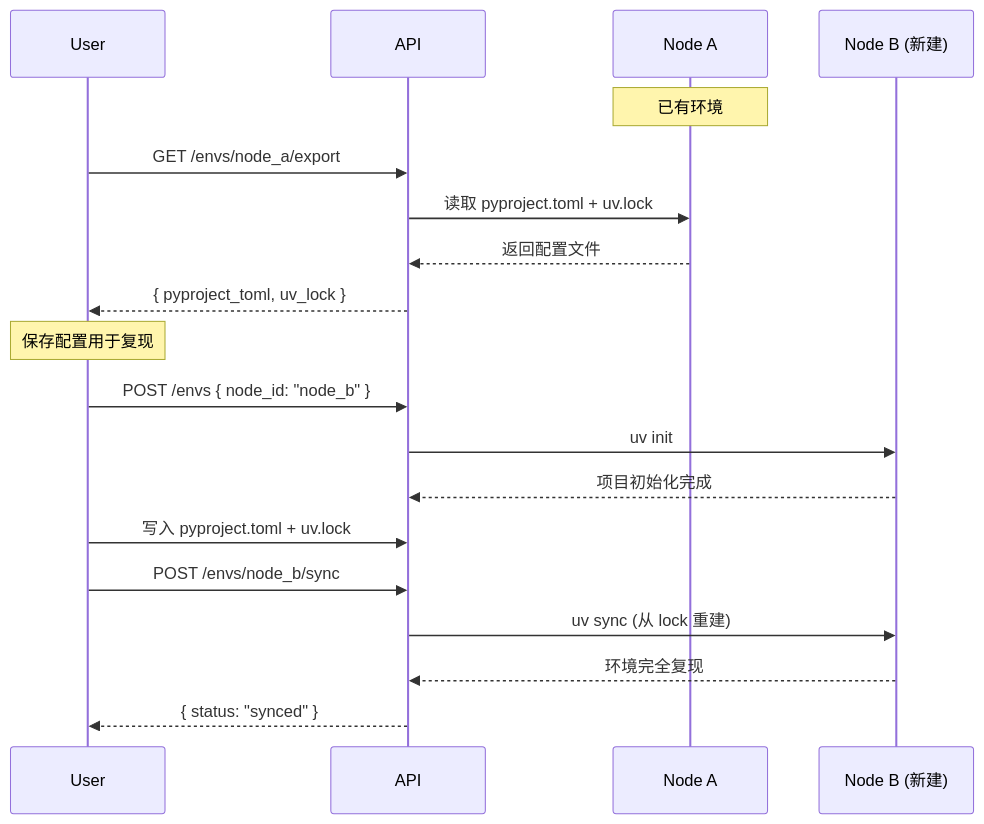
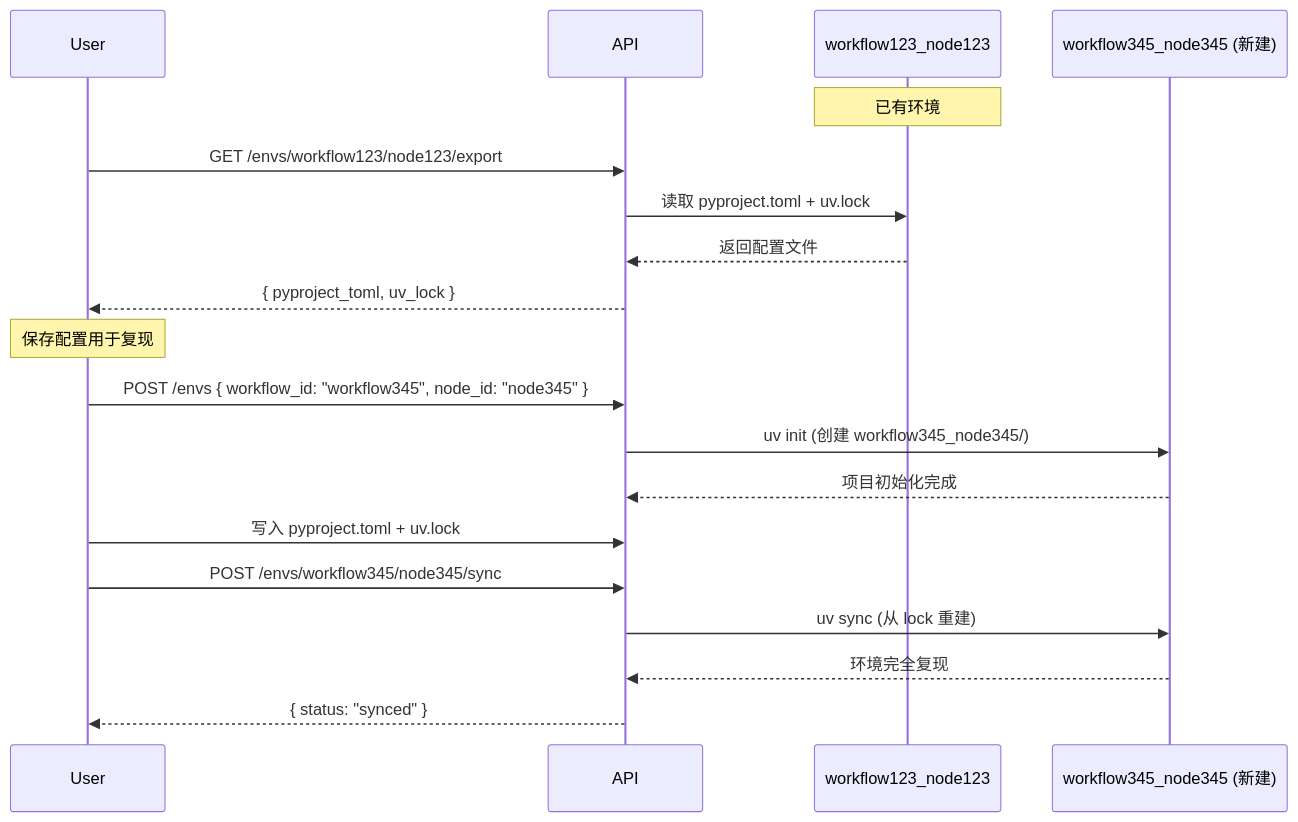
One commit to KataDavidXD/agentgit-workflow-testbench changed the third of 3 diagrams in README.md. Above: the diagram before and after it, drawn with Mermaid. The commit also changed other lines of this file and 16 other files, not shown here.

````diff
--- a/README.md
+++ b/README.md
@@ -528,26 +539,26 @@
 ```mermaid
 sequenceDiagram
     participant User
     participant API
-    participant NodeA as Node A
-    participant NodeB as Node B (新建)
+    participant NodeA as workflow123_node123
+    participant NodeB as workflow345_node345 (新建)
     
     Note over NodeA: 已有环境
-    User->>API: GET /envs/node_a/export
+    User->>API: GET /envs/workflow123/node123/export
     API->>NodeA: 读取 pyproject.toml + uv.lock
     NodeA-->>API: 返回配置文件
     API-->>User: { pyproject_toml, uv_lock }
     
     Note over User: 保存配置用于复现
     
-    User->>API: POST /envs { node_id: "node_b" }
-    API->>NodeB: uv init
+    User->>API: POST /envs { workflow_id: "workflow345", node_id: "node345" }
+    API->>NodeB: uv init (创建 workflow345_node345/)
     NodeB-->>API: 项目初始化完成
     
     User->>API: 写入 pyproject.toml + uv.lock
     
-    User->>API: POST /envs/node_b/sync
+    User->>API: POST /envs/workflow345/node345/sync
     API->>NodeB: uv sync (从 lock 重建)
     NodeB-->>API: 环境完全复现
     API-->>User: { status: "synced" }
 ```
````
